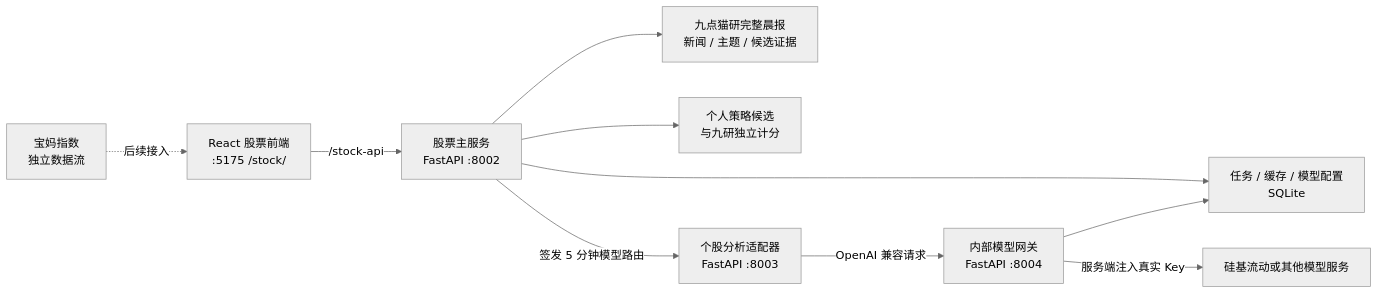
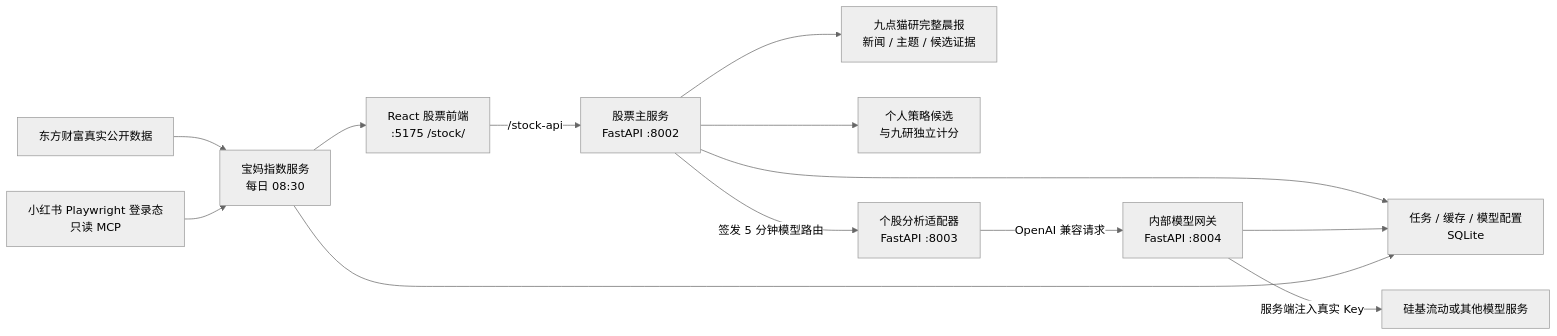
One commit to yunxigy/Star-Dominion changed the diagram in stock-research-package/stock-module/README.md. Above: the diagram before and after it, drawn with Mermaid (neutral theme). The commit also changed other lines of this file and 8 other files, not shown here.

````diff
--- a/stock-research-package/stock-module/README.md
+++ b/stock-research-package/stock-module/README.md
@@ -27,15 +29,18 @@
 ```mermaid
 flowchart LR
     UI["React 股票前端<br/>:5175 /stock/"] -->|/stock-api| HUB["股票主服务<br/>FastAPI :8002"]
 
     HUB --> MORNING["九点猫研完整晨报<br/>新闻 / 主题 / 候选证据"]
     HUB --> CANDIDATES["个人策略候选<br/>与九研独立计分"]
     HUB --> TASKS["任务 / 缓存 / 模型配置<br/>SQLite"]
     HUB -->|签发 5 分钟模型路由| DSA["个股分析适配器<br/>FastAPI :8003"]
 
     DSA -->|OpenAI 兼容请求| GATEWAY["内部模型网关<br/>FastAPI :8004"]
     GATEWAY -->|服务端注入真实 Key| PROVIDER["硅基流动或其他模型服务"]
     GATEWAY --> TASKS
 
-    MOM["宝妈指数<br/>独立数据流"] -. 后续接入 .-> UI
+    EASTMONEY["东方财富真实公开数据"] --> MOM["宝妈指数服务<br/>每日 08:30"]
+    XHS["小红书 Playwright 登录态<br/>只读 MCP"] --> MOM
+    MOM --> TASKS
+    MOM --> UI
 ```
````
